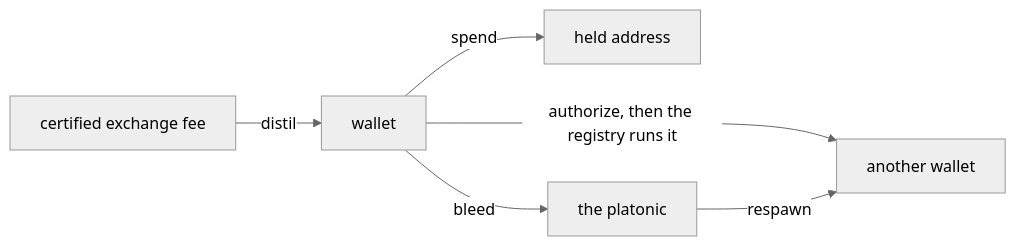
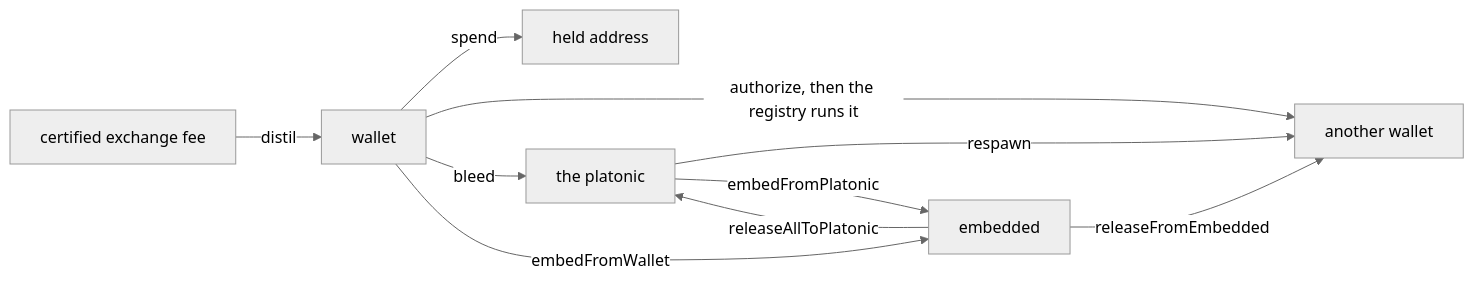
The third of 3 diagrams in docs/manual/08-tabs/proof-of-accumulation.md (Acervator-LLC/ACERVATOR), drawn with Mermaid (neutral theme) before and after one commit. The commit also changed other lines of this file and 5 other files, not shown here.

````diff
--- a/docs/manual/08-tabs/proof-of-accumulation.md
+++ b/docs/manual/08-tabs/proof-of-accumulation.md
@@ -771,8 +783,12 @@
 ```mermaid
 flowchart LR
     FEE[certified exchange fee] -->|distil| WALLET[wallet]
     WALLET -->|spend| HELD[held address]
     WALLET -->|authorize, then the registry runs it| OTHER[another wallet]
     WALLET -->|bleed| PLATONIC[the platonic]
     PLATONIC -->|respawn| OTHER
+    PLATONIC -->|embedFromPlatonic| EMBEDDED[embedded]
+    WALLET -->|embedFromWallet| EMBEDDED
+    EMBEDDED -->|releaseFromEmbedded| OTHER
+    EMBEDDED -->|releaseAllToPlatonic| PLATONIC
 ```
````
